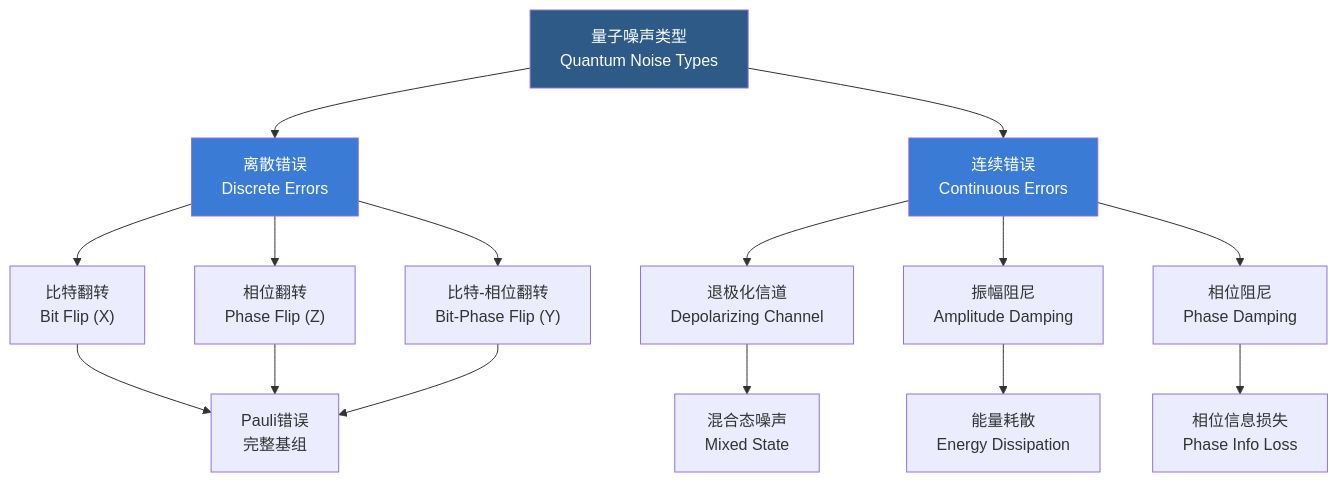
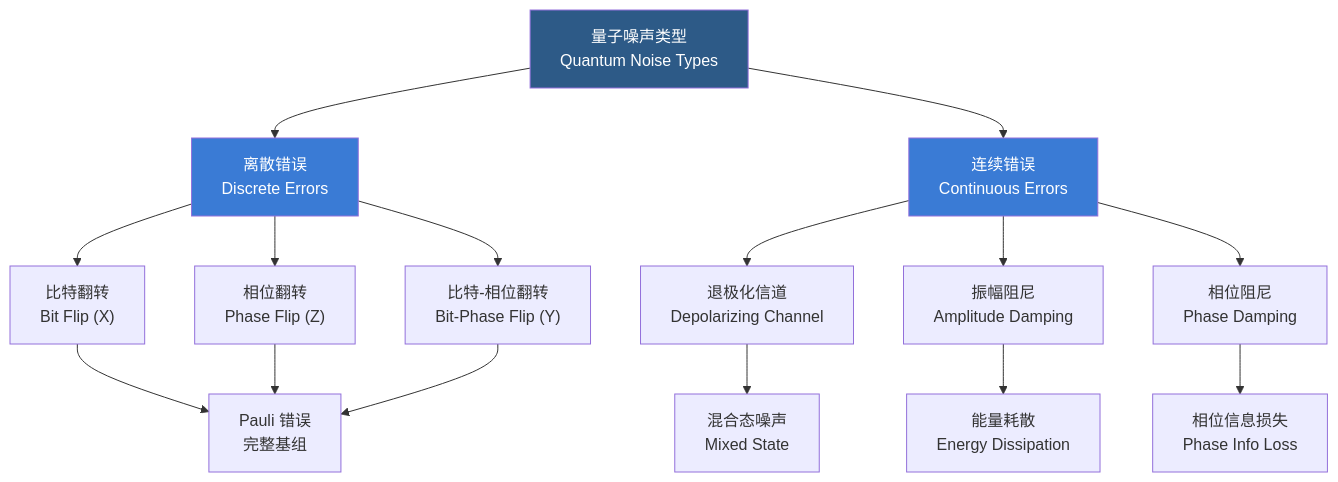
One commit to Tianshang301/TianshangKnowledgeBase changed the diagram in 07_InterdisciplinarySciences/QuantumInformationScience/QuantumErrorCorrection.md. Above: the diagram before and after it, drawn with Mermaid. The commit also changed other lines of this file and 2257 other files, not shown here.

````diff
--- a/07_InterdisciplinarySciences/QuantumInformationScience/QuantumErrorCorrection.md
+++ b/07_InterdisciplinarySciences/QuantumInformationScience/QuantumErrorCorrection.md
@@ -16,20 +18,20 @@
 ```mermaid
 graph TD
   A["量子噪声类型<br/>Quantum Noise Types"] --> B["离散错误<br/>Discrete Errors"]
   A --> C["连续错误<br/>Continuous Errors"]
   B --> D["比特翻转<br/>Bit Flip (X)"]
   B --> E["相位翻转<br/>Phase Flip (Z)"]
   B --> F["比特-相位翻转<br/>Bit-Phase Flip (Y)"]
   C --> G["退极化信道<br/>Depolarizing Channel"]
   C --> H["振幅阻尼<br/>Amplitude Damping"]
   C --> I["相位阻尼<br/>Phase Damping"]
-  D --> J["Pauli错误<br/>完整基组"]
+  D --> J["Pauli 错误<br/>完整基组"]
   E --> J
   F --> J
   G --> K["混合态噪声<br/>Mixed State"]
   H --> L["能量耗散<br/>Energy Dissipation"]
   I --> M["相位信息损失<br/>Phase Info Loss"]
   style A fill:#2d5a87,color:#fff
   style B fill:#3a7bd5,color:#fff
   style C fill:#3a7bd5,color:#fff
 ```
````
